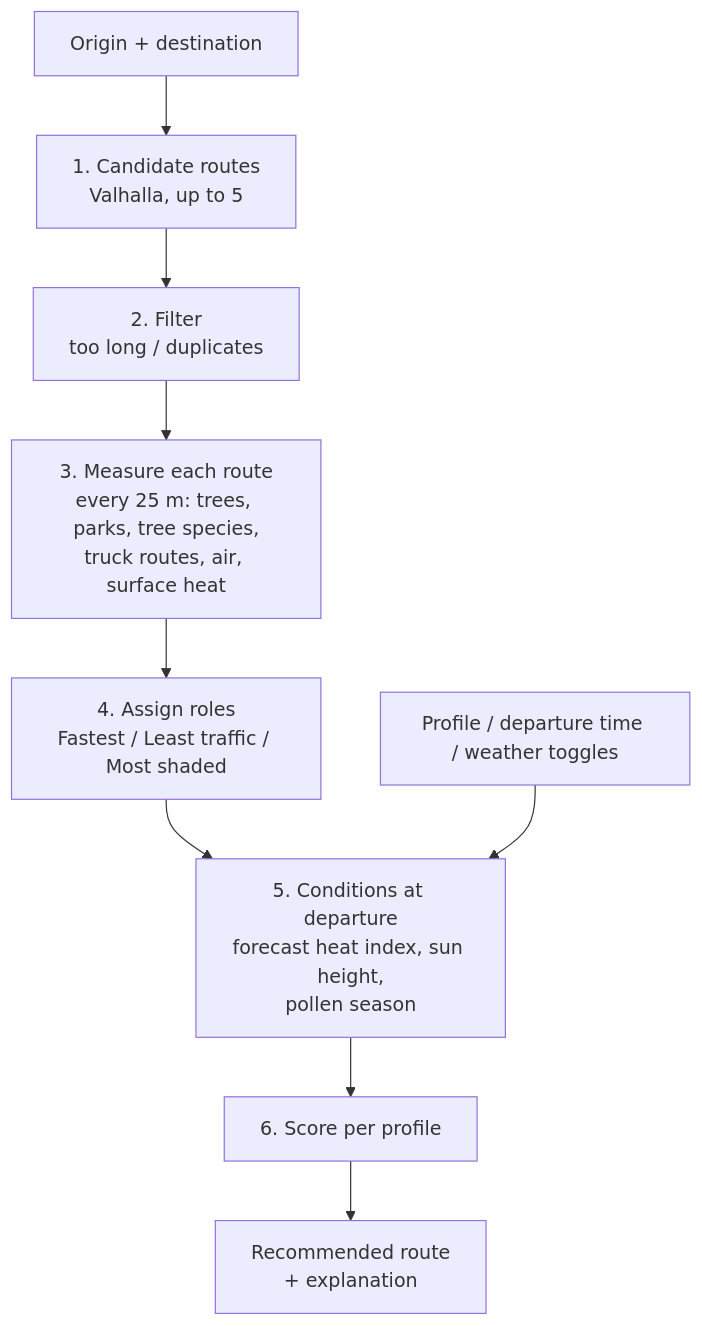
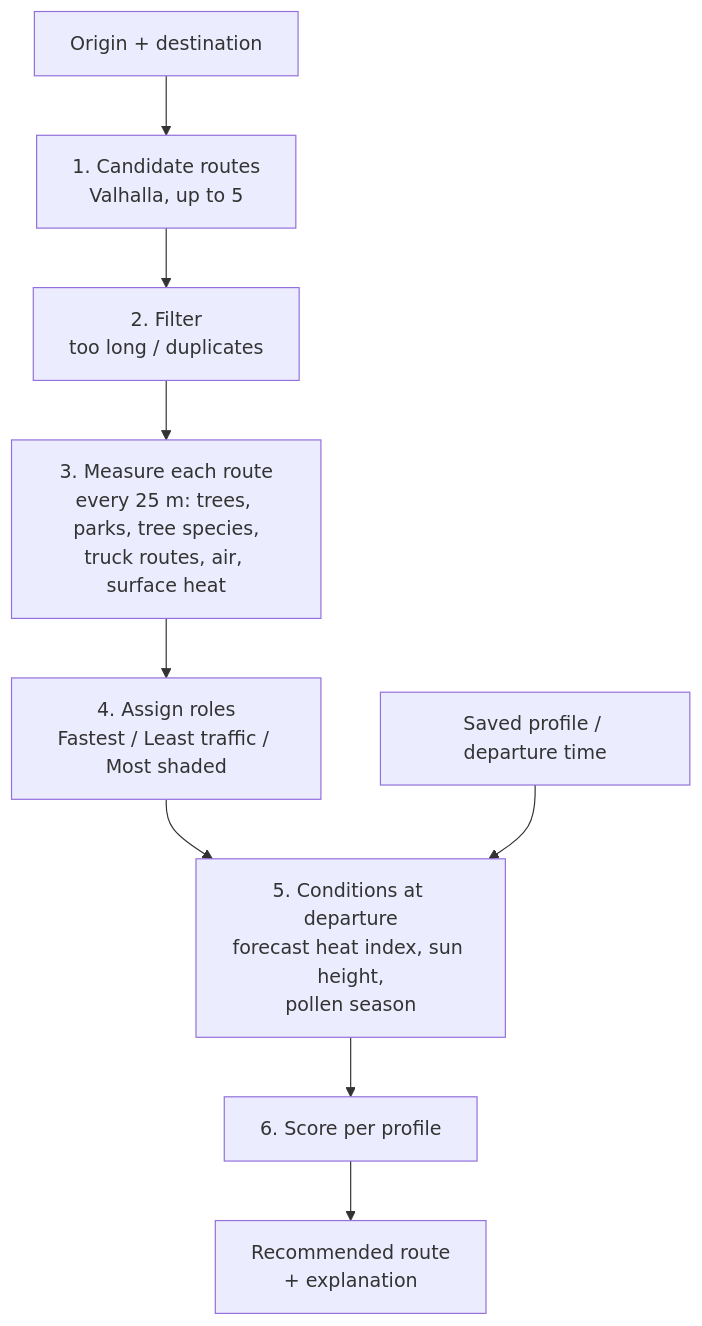
One commit to JessicaDJ0807/health-climate-map changed the diagram in docs/HOW-IT-WORKS.md. Above: the diagram before and after it, drawn with Mermaid. The commit also changed other lines of this file and 2 other files, not shown here.

````diff
--- a/docs/HOW-IT-WORKS.md
+++ b/docs/HOW-IT-WORKS.md
@@ -17,11 +21,11 @@
 ```mermaid
 flowchart TD
   A[Origin + destination] --> B[1. Candidate routes<br/>Valhalla, up to 5]
   B --> C[2. Filter<br/>too long / duplicates]
   C --> D[3. Measure each route<br/>every 25 m: trees, parks, tree species,<br/>truck routes, air, surface heat]
   D --> E[4. Assign roles<br/>Fastest / Least traffic / Most shaded]
   E --> F[5. Conditions at departure<br/>forecast heat index, sun height,<br/>pollen season]
   F --> G[6. Score per profile]
   G --> H[Recommended route<br/>+ explanation]
-  P[Profile / departure time / weather toggles] --> F
+  P[Saved profile / departure time] --> F
 ```
````
